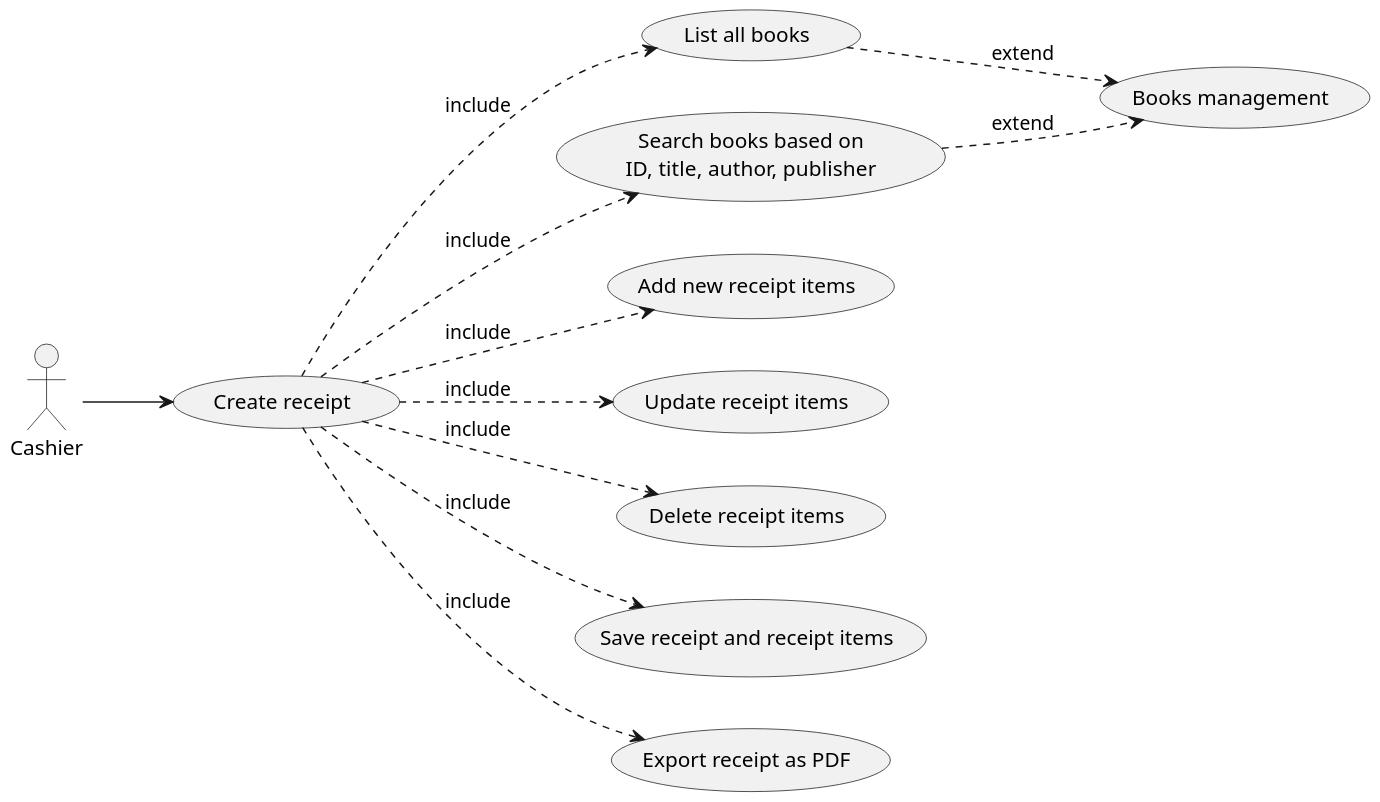
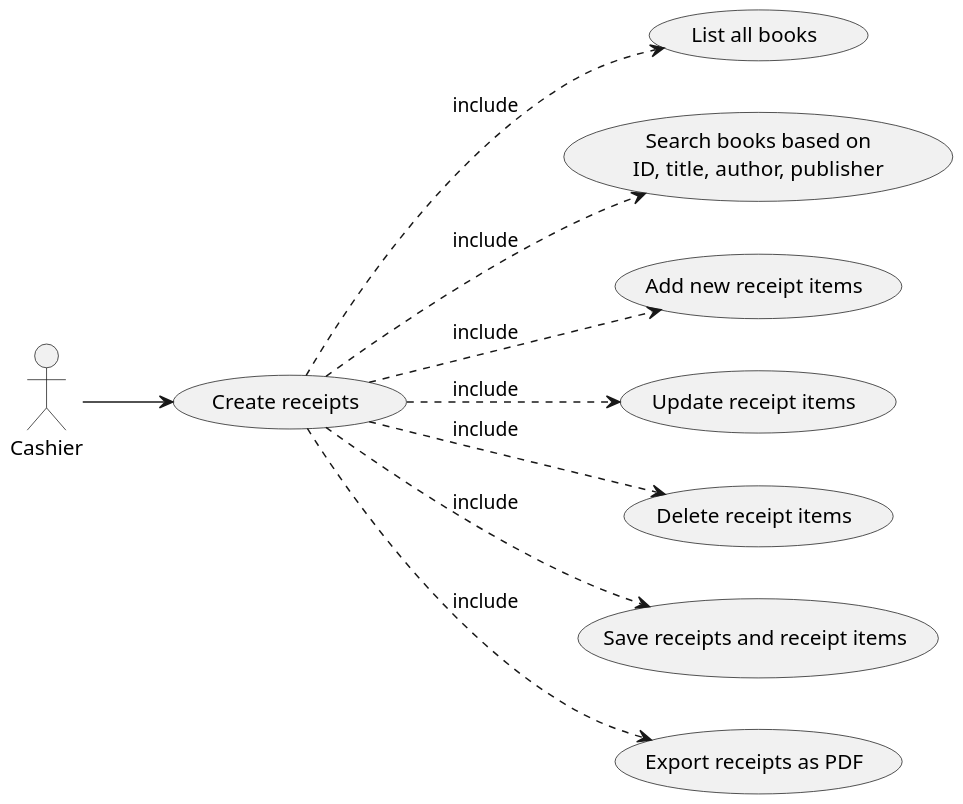
One commit to linhtch90/eProject2_Notes changed the diagram in Diagrams/receipt_creation.plantuml. Above: the diagram before and after it, drawn with PlantUML. The commit also changed 6 other files, not shown here.

Commit message:
Update meeting 19-Oct-2021 and UML diagrams

```diff
--- a/Diagrams/receipt_creation.plantuml
+++ b/Diagrams/receipt_creation.plantuml
@@ -1,19 +1,19 @@
 @startuml
 scale 1.5
 left to right direction
 
 "Cashier" as Cashier
 
-Cashier --> (Create receipt)
-(Create receipt) ..> (List all books) : include
-(Create receipt) ..> (Search books based on\nID, title, author, publisher) : include
-(Create receipt) ..> (Add new receipt items) : include
-(Create receipt) ..> (Update receipt items) : include
-(Create receipt) ..> (Delete receipt items) : include
-(Create receipt) ..> (Save receipt and receipt items) : include
-(Create receipt) ..> (Export receipt as PDF) : include
-(List all books) ..> (Books management) : extend
-(Search books based on\nID, title, author, publisher) ..> (Books management) : extend
+Cashier --> (Create receipts)
+(Create receipts) ..> (List all books) : include
+(Create receipts) ..> (Search books based on\nID, title, author, publisher) : include
+(Create receipts) ..> (Add new receipt items) : include
+(Create receipts) ..> (Update receipt items) : include
+(Create receipts) ..> (Delete receipt items) : include
+(Create receipts) ..> (Save receipts and receipt items) : include
+(Create receipts) ..> (Export receipts as PDF) : include
+' (List all books) ..> (Manage books information) : extend
+' (Search books based on\nID, title, author, publisher) ..> (Manage books information) : extend
 
 
 @enduml
```
